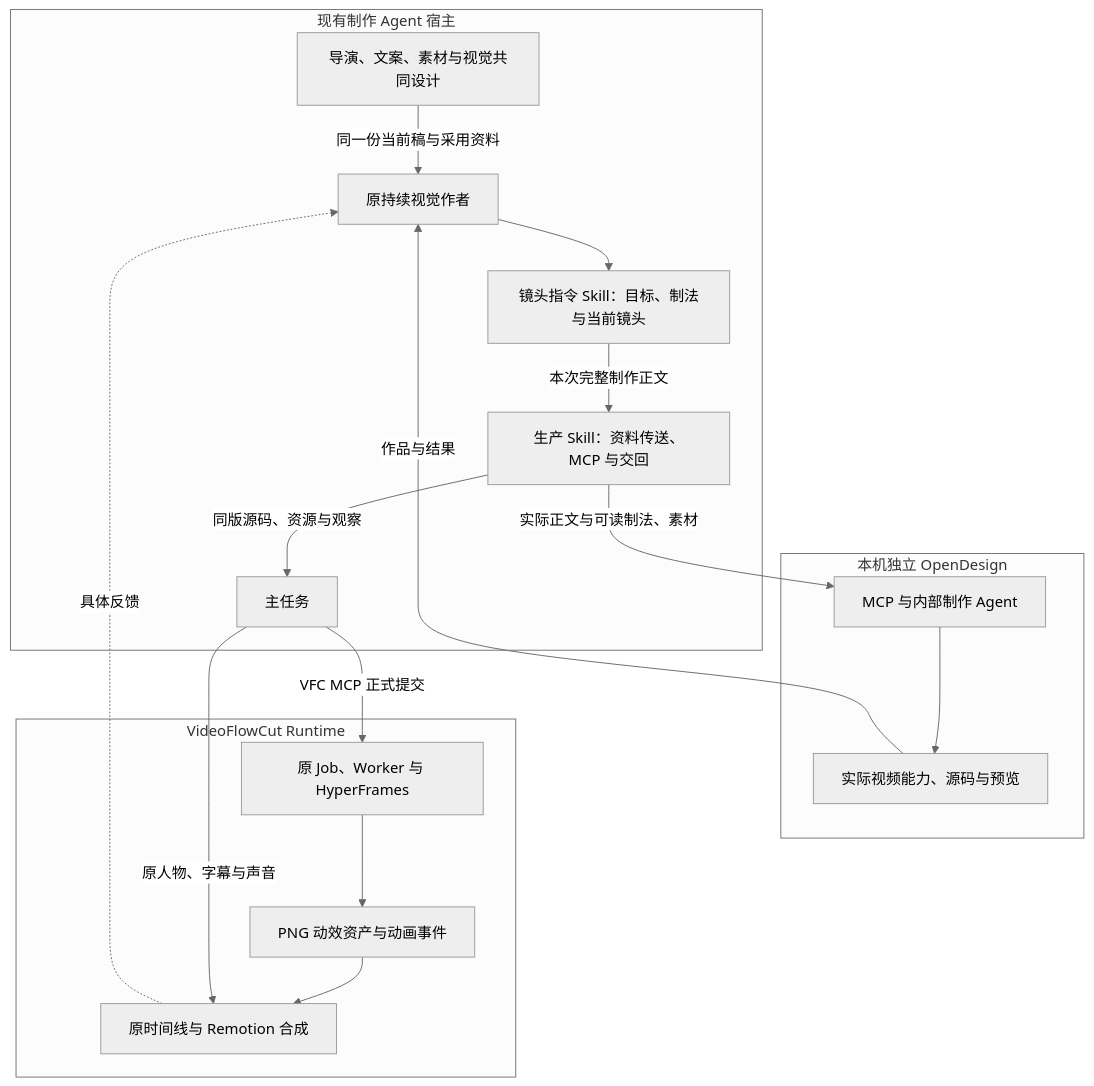
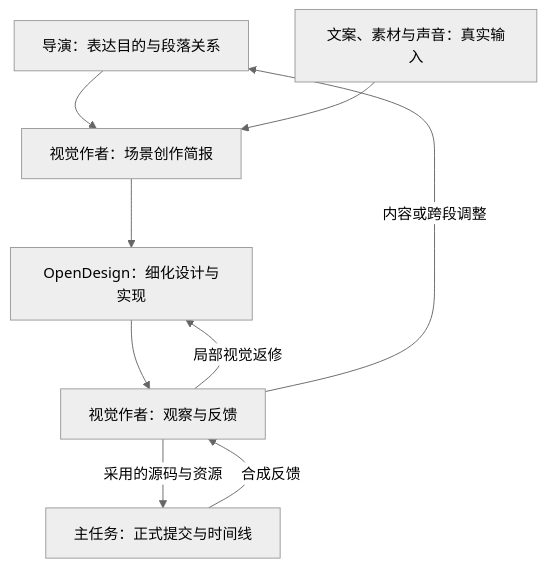
The first of 2 diagrams in docs/VideoFlowCut_OpenDesign_MCP_Integration_Plan.md (angelOnly/VideoFlowCut), drawn with Mermaid (neutral theme) before and after one commit. The commit also changed other lines of this file and 96 other files, not shown here.

Commit message:
完成 OpenDesign 媒体渲染链路并发布插件 0.1.101

````diff
--- a/docs/VideoFlowCut_OpenDesign_MCP_Integration_Plan.md
+++ b/docs/VideoFlowCut_OpenDesign_MCP_Integration_Plan.md
@@ -49,30 +56,11 @@
 ```mermaid
 flowchart TD
-    subgraph HOST["现有制作 Agent 宿主"]
-        D["导演、文案、素材与视觉共同设计"]
-        V["原持续视觉作者"]
-        B["镜头指令 Skill：目标、制法与当前镜头"]
-        P["生产 Skill：资料传送、MCP 与交回"]
-        M["主任务"]
-        D -->|"同一份当前稿与采用资料"| V
-        V --> B
-        B -->|"本次完整制作正文"| P
-        P -->|"同版源码、资源与观察"| M
-    end
-    subgraph OD["本机独立 OpenDesign"]
-        O["MCP 与内部制作 Agent"]
-        W["实际视频能力、源码与预览"]
-        O --> W
-    end
-    subgraph VFC["VideoFlowCut Runtime"]
-        R["原 Job、Worker 与 HyperFrames"]
-        F["PNG 动效资产与动画事件"]
-        C["原时间线与 Remotion 合成"]
-        R --> F --> C
-    end
-    P -->|"实际正文与可读制法、素材"| O
-    W -->|"作品与结果"| V
-    M -->|"VFC MCP 正式提交"| R
-    M -->|"原人物、字幕与声音"| C
-    C -.->|"具体反馈"| V
+    A["导演：表达目的与段落关系"] --> B["视觉作者：场景创作简报"]
+    C["文案、素材与声音：真实输入"] --> B
+    B --> D["OpenDesign：细化设计与实现"]
+    D --> E["视觉作者：观察与反馈"]
+    E -->|局部视觉返修| D
+    E -->|内容或跨段调整| A
+    E -->|采用的源码与资源| F["主任务：正式提交与时间线"]
+    F -->|合成反馈| E
 ```
````
